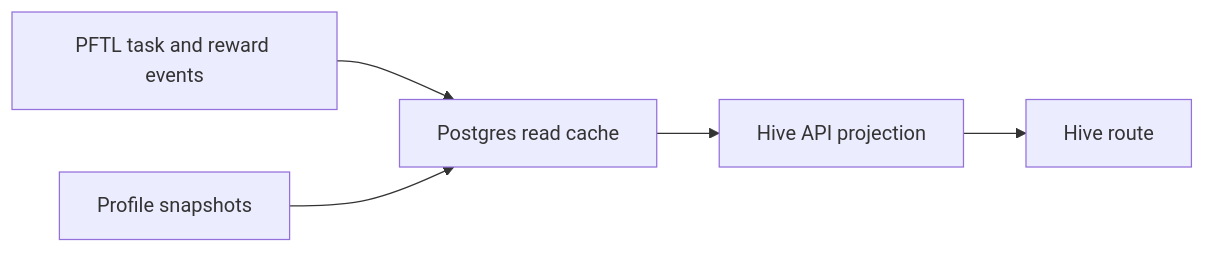
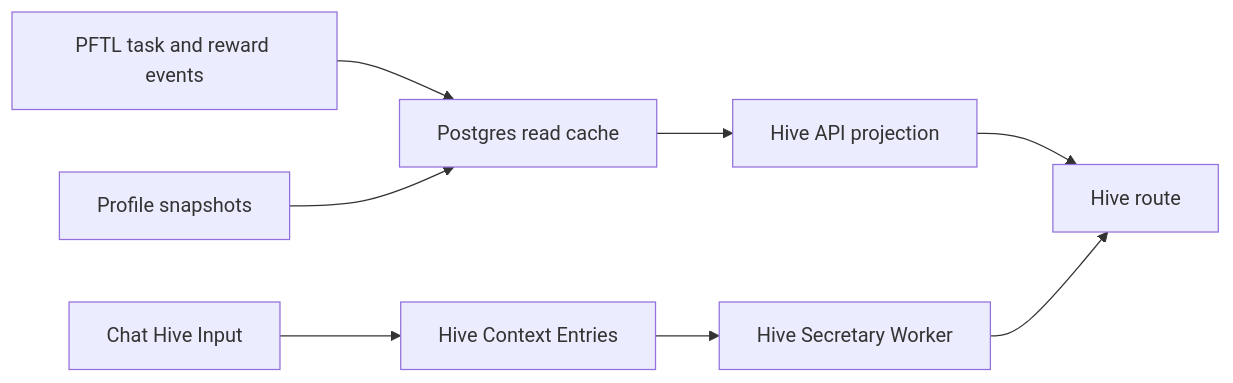
Before and after one commit to postfiatorg/tasknode: the diagram in docs/wiki/surfaces/hive.md, drawn with Mermaid. The commit also changed other lines of this file and 13 other files, not shown here.

Commit message:
Add Hive Secretary report worker

````diff
--- a/docs/wiki/surfaces/hive.md
+++ b/docs/wiki/surfaces/hive.md
@@ -57,7 +88,10 @@
 ```mermaid
 flowchart LR
   PFTL[PFTL task and reward events] --> Cache[Postgres read cache]
   Profiles[Profile snapshots] --> Cache
   Cache --> HiveAPI[Hive API projection]
   HiveAPI --> HiveUI[Hive route]
+  HiveInput[Chat Hive Input] --> HiveContext[Hive Context Entries]
+  HiveContext --> Secretary[Hive Secretary Worker]
+  Secretary --> HiveUI
 ```
````
